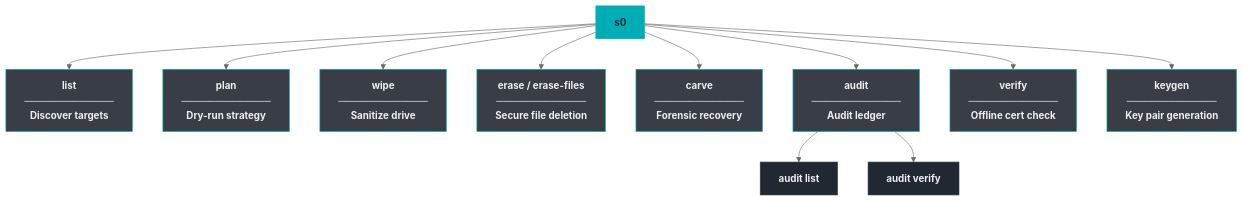
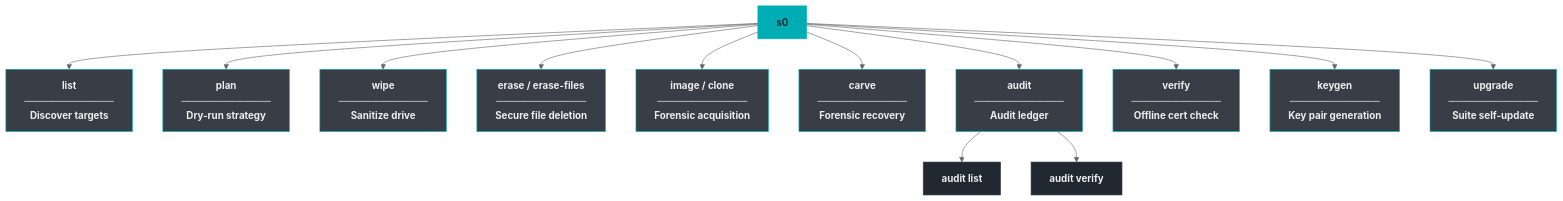
One commit to kartik2005221/s0 changed the first of 2 diagrams in docs/cli-reference.md. Above: the diagram before and after it, drawn with Mermaid (neutral theme). The commit also changed other lines of this file and 15 other files, not shown here.

Commit message:
docs: add secure erasure guide, agentic AI skill, s0 image/upgrade docs, CLI help screens, recommendations, and eliminate 1-line codeblocks

````diff
--- a/docs/cli-reference.md
+++ b/docs/cli-reference.md
@@ -17,24 +18,26 @@
 ```mermaid
-graph TD
+flowchart TD
     S0["<b>s0</b>"]:::root
 
     S0 --> LIST["list\n─────────────\nDiscover targets"]
     S0 --> PLAN["plan\n─────────────\nDry-run strategy"]
     S0 --> WIPE["wipe\n─────────────\nSanitize drive"]
     S0 --> ERASE["erase / erase-files\n─────────────\nSecure file deletion"]
+    S0 --> IMAGE["image / clone\n─────────────\nForensic acquisition"]
     S0 --> CARVE["carve\n─────────────\nForensic recovery"]
     S0 --> AUDIT["audit\n─────────────\nAudit ledger"]
     S0 --> VERIFY["verify\n─────────────\nOffline cert check"]
     S0 --> KEYGEN["keygen\n─────────────\nKey pair generation"]
+    S0 --> UPGRADE["upgrade\n─────────────\nSuite self-update"]
 
     AUDIT --> AL["audit list"]
     AUDIT --> AV["audit verify"]
 
     classDef root fill:#00ADB5,stroke:#00ADB5,color:#222831,font-weight:bold;
     classDef sub fill:#393E46,stroke:#00ADB5,color:#EEEEEE;
     classDef leaf fill:#222831,stroke:#393E46,color:#EEEEEE;
 
     class S0 root;
-    class LIST,PLAN,WIPE,ERASE,CARVE,AUDIT,VERIFY,KEYGEN sub;
+    class LIST,PLAN,WIPE,ERASE,IMAGE,CARVE,AUDIT,VERIFY,KEYGEN,UPGRADE sub;
     class AL,AV leaf;
 ```
````
